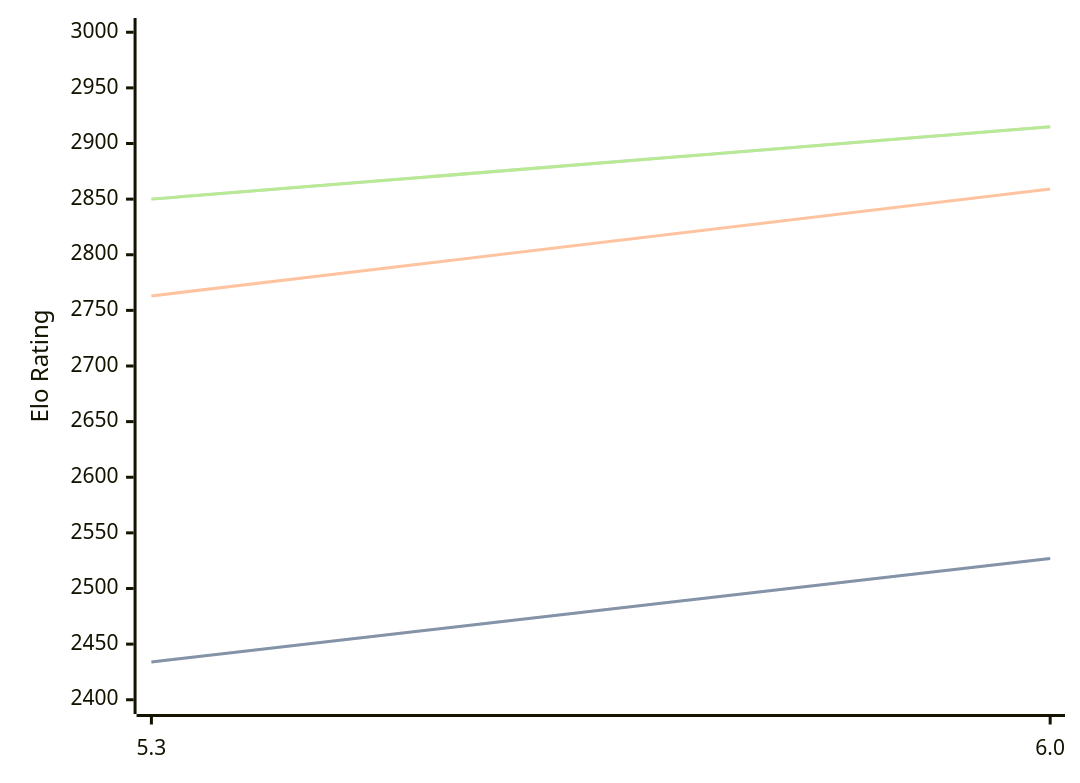
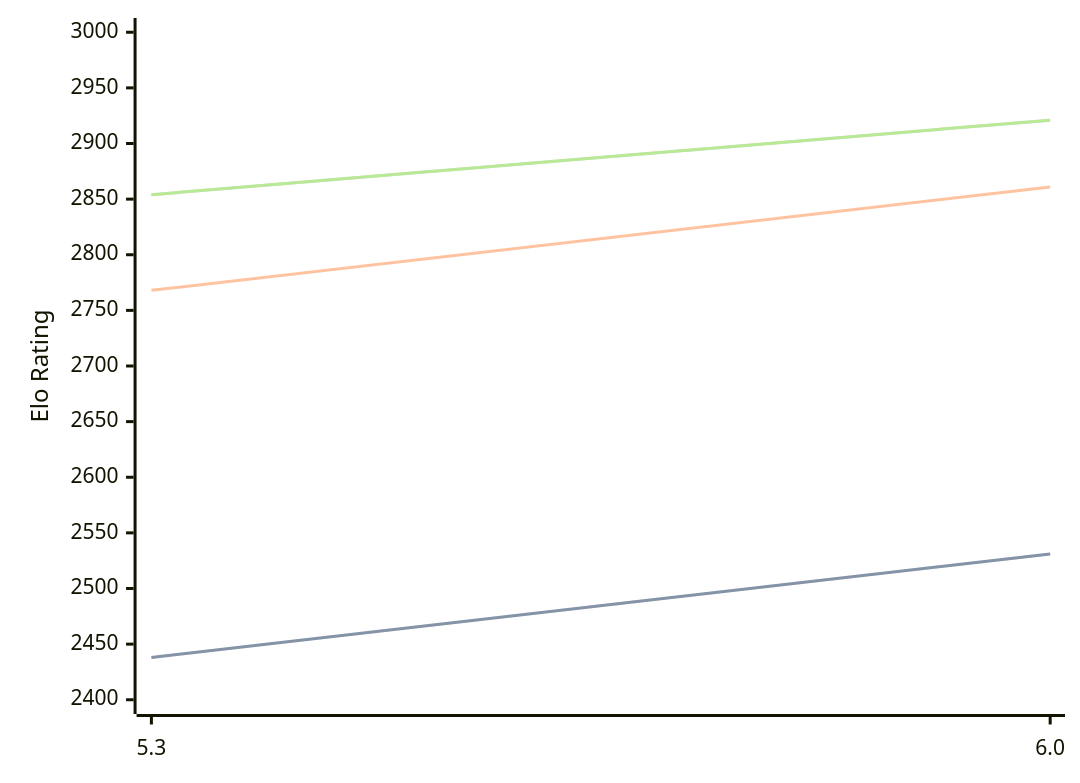
The diagram in engines/tomitankChess.md (computer-chess-index/cci), drawn with Mermaid before and after one commit. The commit also changed other lines of this file, not shown here.

Commit message:
Update CCI Ratings (ELO VLTC) - 2026-05-02

````diff
--- a/engines/tomitankChess.md
+++ b/engines/tomitankChess.md
@@ -40,11 +40,11 @@
 ```mermaid
 %%{init: {"theme":"base","themeVariables":{"seriesColors:['#a3a3a3','#222221','#faa371']}}}%%
 xychart-beta
   x-axis ["5.3", "6.0"]
   y-axis "Elo Rating" 2400 --> 3000
-  line "STC (8.0+0.08s)" [2434, 2527]
-  line "STC (8.0+0.08s)" [2434, 2527]
-  line "LTC (60.0+0.60s)" [2763, 2859]
-  line "VLTC (2m24s+1.12s)" [2850, 2915]
-  line "VLTC (2m24s+1.12s)" [2850, 2915]
+  line "STC (8.0+0.08s)" [2438, 2531]
+  line "STC (8.0+0.08s)" [2438, 2531]
+  line "LTC (60.0+0.60s)" [2768, 2861]
+  line "VLTC (2m24s+1.12s)" [2854, 2921]
+  line "VLTC (2m24s+1.12s)" [2854, 2921]
 ```
````
